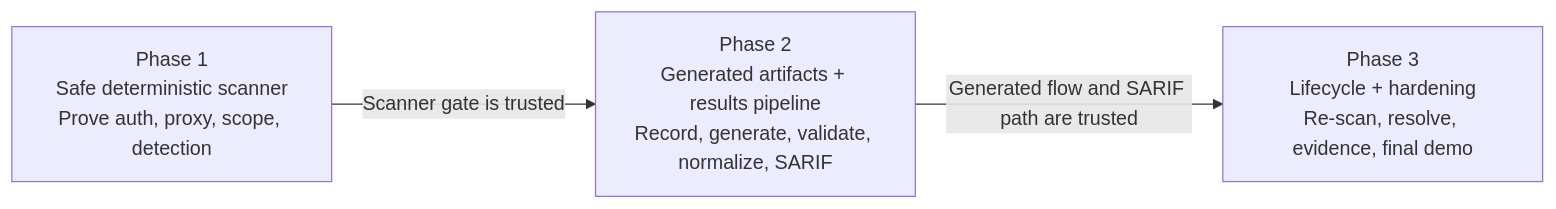
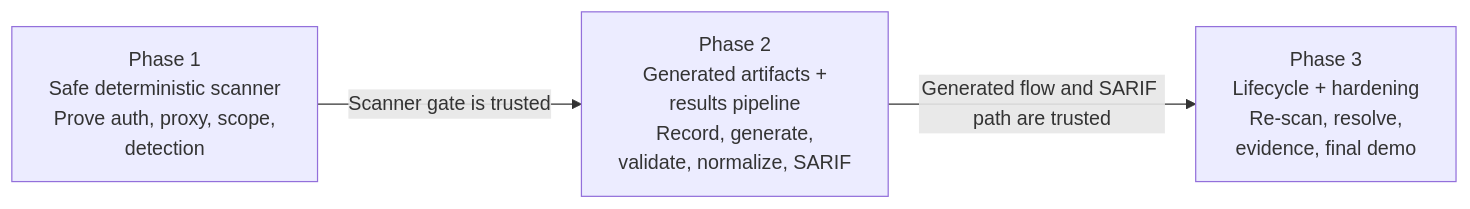
Before and after one commit to CodyYang2016/Dast-Scanning-Tool: the first of 3 diagrams in docs/dast_poc_phase1_demo.md, drawn with Mermaid. The commit also changed other lines of this file, not shown here.

````diff
--- a/docs/dast_poc_phase1_demo.md
+++ b/docs/dast_poc_phase1_demo.md
@@ -24,9 +24,9 @@
 ```mermaid
 flowchart LR
-  P1["Phase 1<br/>Safe deterministic scanner<br/>Prove auth, proxy, scope, detection"]
-  P2["Phase 2<br/>Generated artifacts + results pipeline<br/>Record, generate, validate, normalize, SARIF"]
-  P3["Phase 3<br/>Lifecycle + hardening<br/>Re-scan, resolve, evidence, final demo"]
+  P1["Phase 1<br/>Safe deterministic scanner<br/>Prove auth, proxy, scope,<br/>detection"]
+  P2["Phase 2<br/>Generated artifacts +<br/>results pipeline<br/>Record, generate,<br/>validate, normalize, SARIF"]
+  P3["Phase 3<br/>Lifecycle + hardening<br/>Re-scan, resolve,<br/>evidence, final demo"]
 
   P1 -->|"Scanner gate is trusted"| P2
   P2 -->|"Generated flow and SARIF path are trusted"| P3
 ```
````
